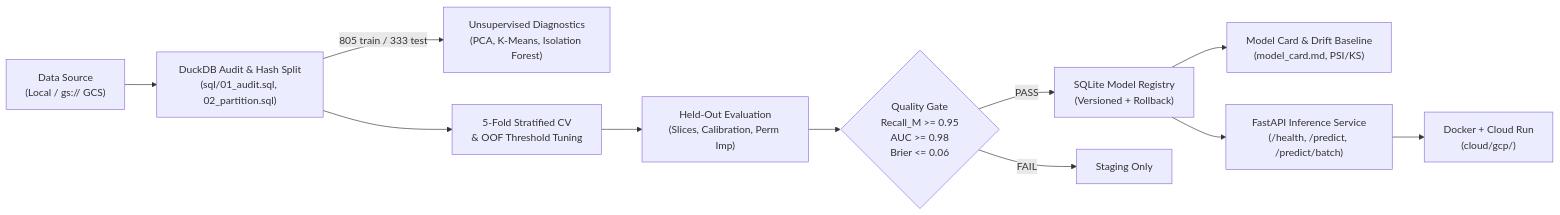
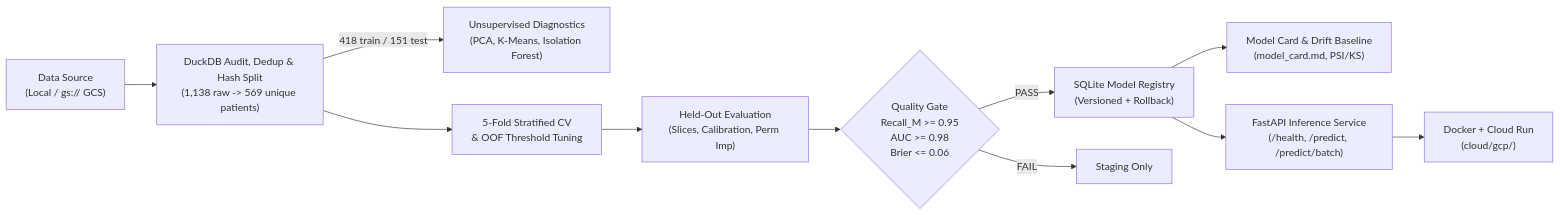
One commit to witold-andelie/breast-cancer-mlops-gcp changed the diagram in README.md. Above: the diagram before and after it, drawn with Mermaid. The commit also changed other lines of this file and 30 other files, not shown here.

Commit message:
fix(data): deduplicate duplicate A/B feature twins before train/test split and harden PSI/ordering determinism

````diff
--- a/README.md
+++ b/README.md
@@ -9,13 +9,13 @@
 ```mermaid
 flowchart LR
-    CSV["Data Source\n(Local / gs:// GCS)"] --> Data["DuckDB Audit & Hash Split\n(sql/01_audit.sql, 02_partition.sql)"]
-    Data -->|805 train / 333 test| Unsup["Unsupervised Diagnostics\n(PCA, K-Means, Isolation Forest)"]
+    CSV["Data Source\n(Local / gs:// GCS)"] --> Data["DuckDB Audit, Dedup & Hash Split\n(1,138 raw -> 569 unique patients)"]
+    Data -->|418 train / 151 test| Unsup["Unsupervised Diagnostics\n(PCA, K-Means, Isolation Forest)"]
     Data --> Train["5-Fold Stratified CV\n& OOF Threshold Tuning"]
     Train --> Eval["Held-Out Evaluation\n(Slices, Calibration, Perm Imp)"]
     Eval --> Gate{"Quality Gate\nRecall_M >= 0.95\nAUC >= 0.98\nBrier <= 0.06"}
     Gate -->|PASS| Reg["SQLite Model Registry\n(Versioned + Rollback)"]
     Gate -->|FAIL| Stage["Staging Only"]
     Reg --> Card["Model Card & Drift Baseline\n(model_card.md, PSI/KS)"]
     Reg --> API["FastAPI Inference Service\n(/health, /predict, /predict/batch)"]
     API --> CR["Docker + Cloud Run\n(cloud/gcp/)"]
 ```
````
